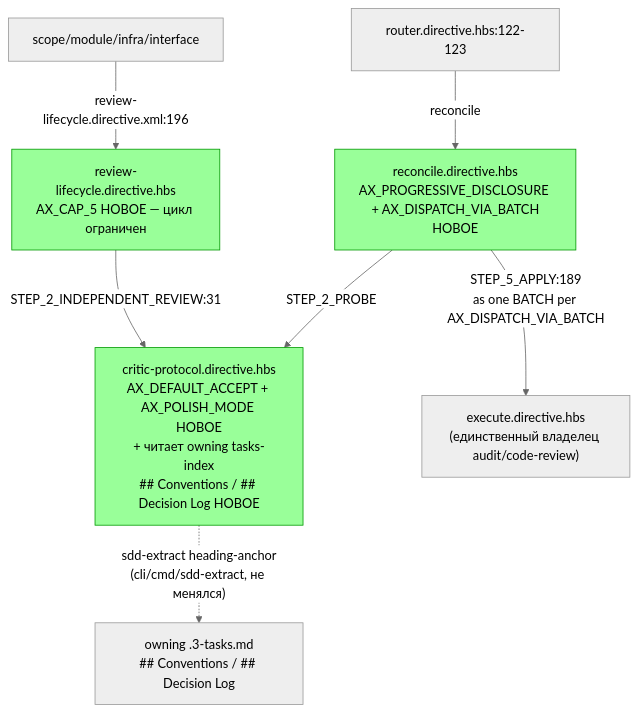
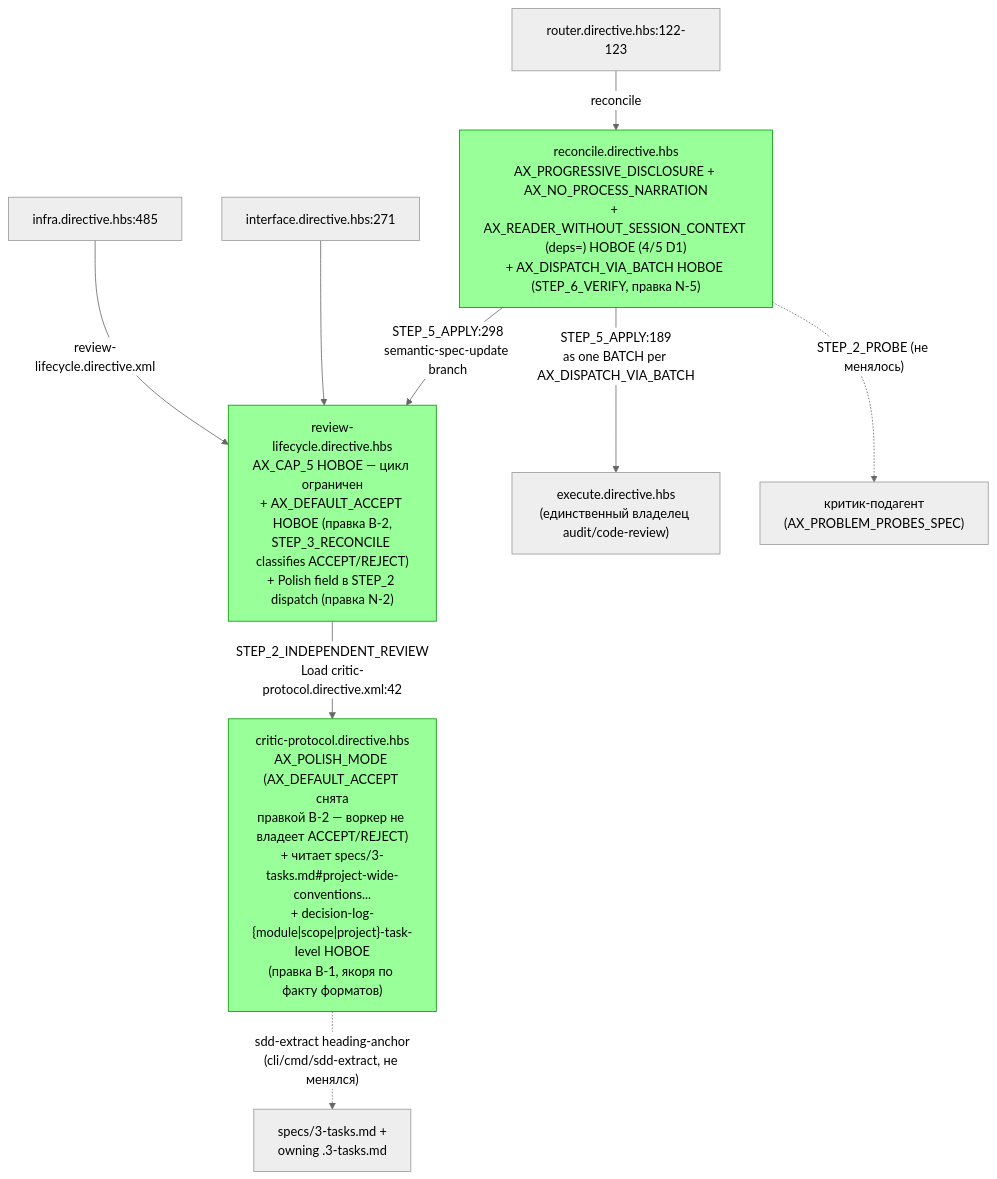
One commit to RubaXa/gennady changed the second of 2 diagrams in ai/drafts/research/sdd-v1-to-v2-transfer/_raw/reports/R-BATCH-20-review-critic-bounds.md. Above: the diagram before and after it, drawn with Mermaid (neutral theme). The commit also changed other lines of this file and 8 other files, not shown here.

Commit message:
docs(sdd-v2-transfer): V-BATCH-20 recheck accepted; batch 20 reports after fixes

````diff
--- a/ai/drafts/research/sdd-v1-to-v2-transfer/_raw/reports/R-BATCH-20-review-critic-bounds.md
+++ b/ai/drafts/research/sdd-v1-to-v2-transfer/_raw/reports/R-BATCH-20-review-critic-bounds.md
@@ -65,12 +83,14 @@
 ```mermaid
 flowchart TD
-  Router["router.directive.hbs:122-123"] -->|"reconcile"| Rec["reconcile.directive.hbs\nAX_PROGRESSIVE_DISCLOSURE + AX_DISPATCH_VIA_BATCH\nНОВОЕ"]
-  ScopeEtAl["scope/module/infra/interface"] -->|"review-lifecycle.directive.xml:196"| RL["review-lifecycle.directive.hbs\nAX_CAP_5 НОВОЕ — цикл ограничен"]
-  RL -->|"STEP_2_INDEPENDENT_REVIEW:31"| CP["critic-protocol.directive.hbs\nAX_DEFAULT_ACCEPT + AX_POLISH_MODE НОВОЕ\n+ читает owning tasks-index\n## Conventions / ## Decision Log НОВОЕ"]
+  Router["router.directive.hbs:122-123"] -->|"reconcile"| Rec["reconcile.directive.hbs\nAX_PROGRESSIVE_DISCLOSURE + AX_NO_PROCESS_NARRATION\n+ AX_READER_WITHOUT_SESSION_CONTEXT (deps=) НОВОЕ (4/5 D1)\n+ AX_DISPATCH_VIA_BATCH НОВОЕ (STEP_6_VERIFY, правка N-5)"]
+  Infra["infra.directive.hbs:485"] -->|"review-lifecycle.directive.xml"| RL["review-lifecycle.directive.hbs\nAX_CAP_5 НОВОЕ — цикл ограничен\n+ AX_DEFAULT_ACCEPT НОВОЕ (правка B-2,\nSTEP_3_RECONCILE classifies ACCEPT/REJECT)\n+ Polish field в STEP_2 dispatch (правка N-2)"]
+  Iface["interface.directive.hbs:271"] --> RL
+  Rec -->|"STEP_5_APPLY:298\nsemantic-spec-update branch"| RL
+  RL -->|"STEP_2_INDEPENDENT_REVIEW\nLoad critic-protocol.directive.xml:42"| CP["critic-protocol.directive.hbs\nAX_POLISH_MODE (AX_DEFAULT_ACCEPT снята\nправкой B-2 — воркер не владеет ACCEPT/REJECT)\n+ читает specs/3-tasks.md#project-wide-conventions...\n+ decision-log-{module|scope|project}-task-level НОВОЕ\n(правка B-1, якоря по факту форматов)"]
   Rec -->|"STEP_5_APPLY:189\nas one BATCH per AX_DISPATCH_VIA_BATCH"| Exec["execute.directive.hbs\n(единственный владелец audit/code-review)"]
-  Rec -->|"STEP_2_PROBE"| CP
-  CP -.->|"sdd-extract heading-anchor\n(cli/cmd/sdd-extract, не менялся)"| Tasks["owning <module>.3-tasks.md\n## Conventions / ## Decision Log"]
+  Rec -.->|"STEP_2_PROBE (не менялось)"| CriticSub["критик-подагент\n(AX_PROBLEM_PROBES_SPEC)"]
+  CP -.->|"sdd-extract heading-anchor\n(cli/cmd/sdd-extract, не менялся)"| Tasks["specs/3-tasks.md +\nowning <module>.3-tasks.md"]
   style Rec fill:#9f9,stroke:#090
   style RL fill:#9f9,stroke:#090
   style CP fill:#9f9,stroke:#090
 ```
````
